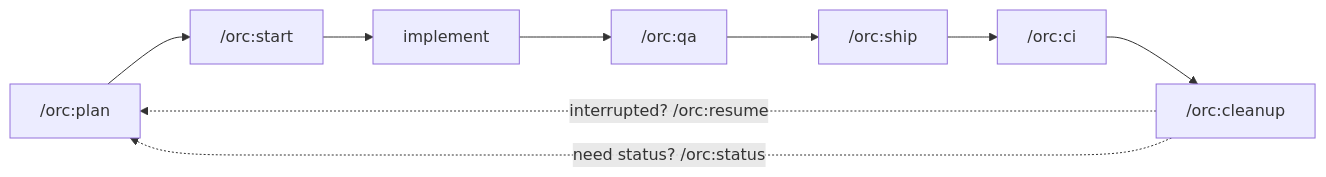
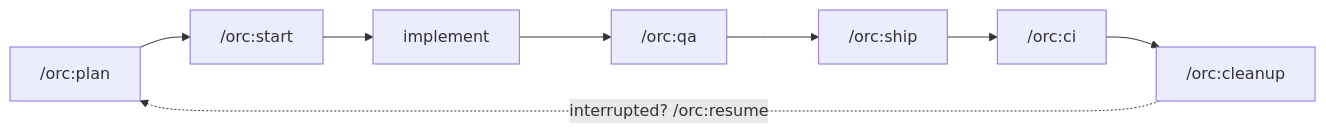
The diagram in README.md (HigorAlves/orc), drawn with Mermaid before and after one commit. The commit also changed other lines of this file and 283 other files, not shown here.

````diff
--- a/README.md
+++ b/README.md
@@ -60,6 +50,5 @@
 ```mermaid
 flowchart LR
     plan["/orc:plan"] --> start["/orc:start"] --> impl["implement"] --> qa["/orc:qa"] --> ship["/orc:ship"] --> ci["/orc:ci"] --> cleanup["/orc:cleanup"]
     cleanup -.->|"interrupted? /orc:resume"| plan
-    cleanup -.->|"need status? /orc:status"| plan
 ```
````
